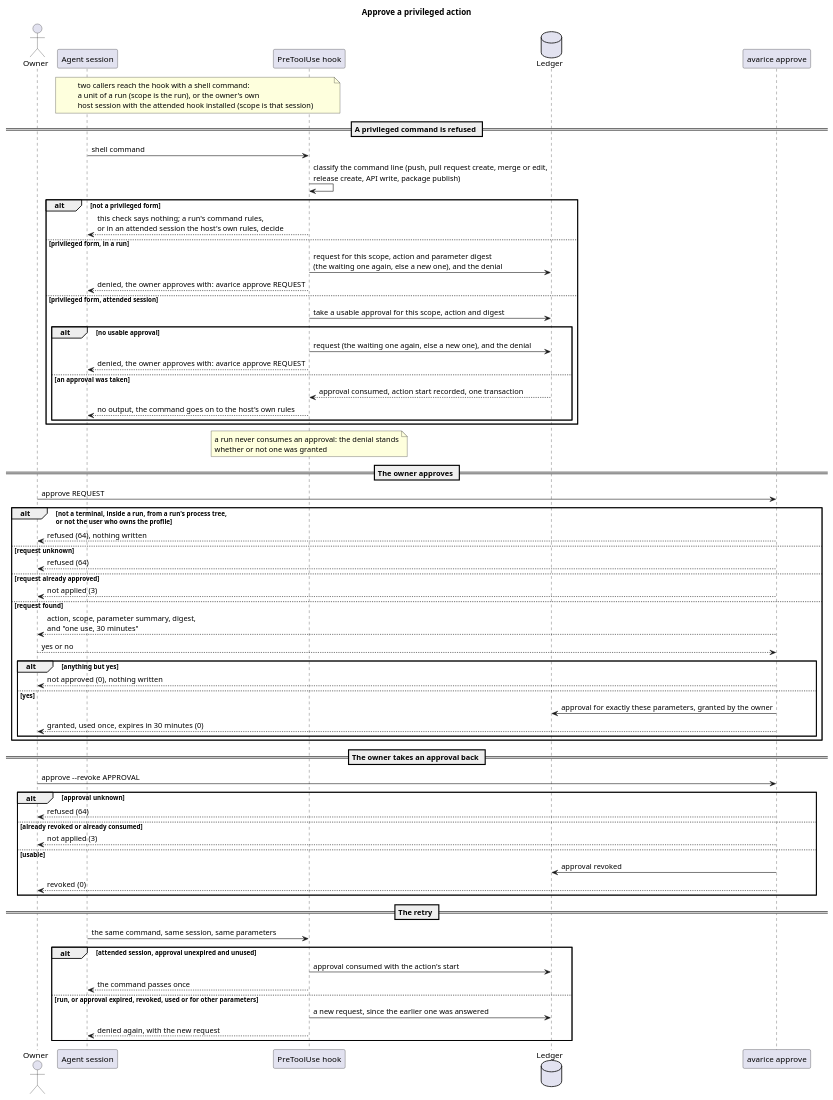
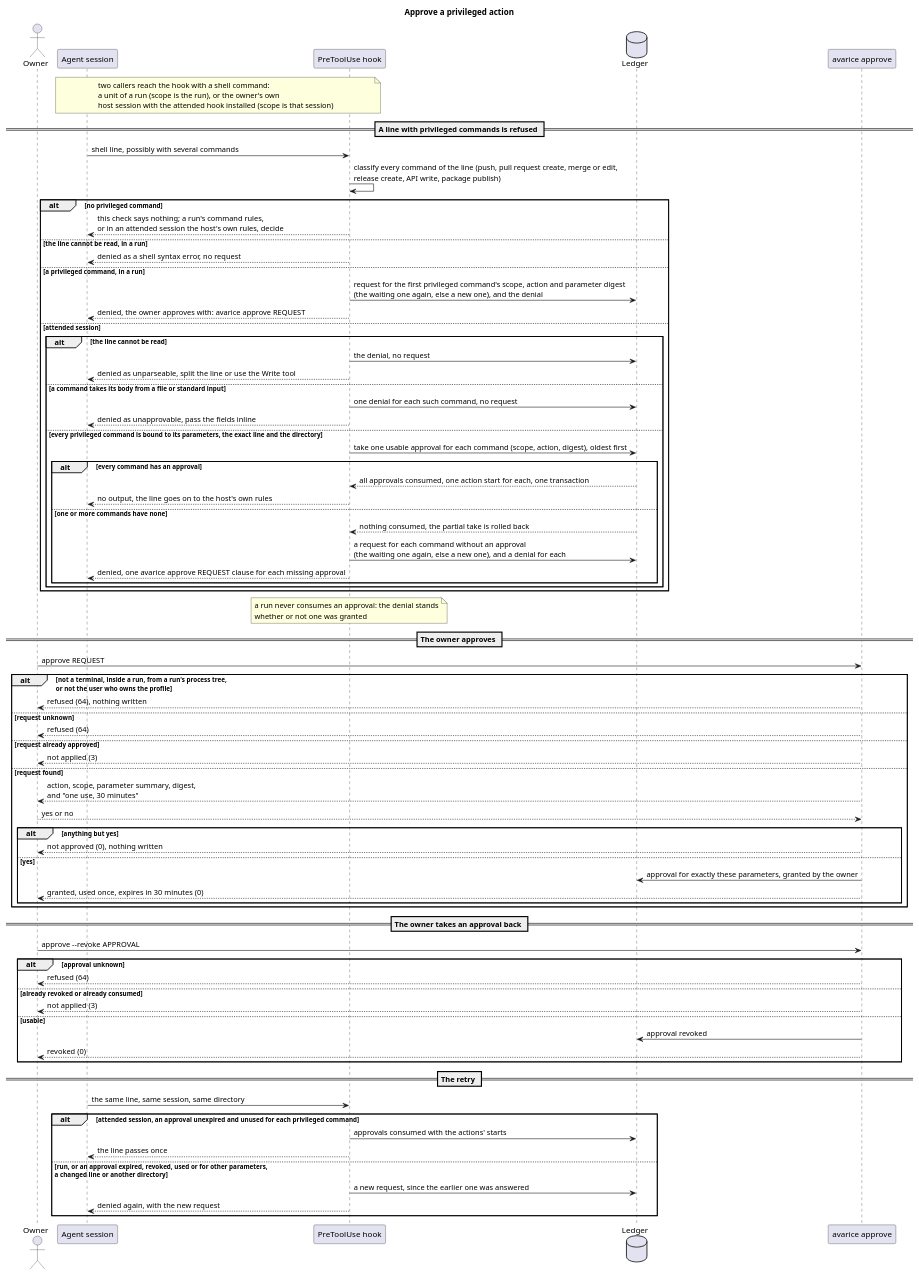
Before and after one commit to aa-phan/avarice: the diagram in docs/system/diagrams/approve-privileged-action.puml, drawn with PlantUML. The commit also changed 3 other files, not shown here.

First line of the commit message:
docs(04-53): describe the privileged-command gate as built

```diff
--- a/docs/system/diagrams/approve-privileged-action.puml
+++ b/docs/system/diagrams/approve-privileged-action.puml
@@ -1,71 +1,82 @@
 @startuml
 title Approve a privileged action
 
 actor Owner
 participant "Agent session" as Agent
 participant "PreToolUse hook" as Hook
 database Ledger
 participant "avarice approve" as Approve
 
 note over Agent, Hook : two callers reach the hook with a shell command:\na unit of a run (scope is the run), or the owner's own\nhost session with the attended hook installed (scope is that session)
 
-== A privileged command is refused ==
-Agent -> Hook : shell command
-Hook -> Hook : classify the command line (push, pull request create, merge or edit,\nrelease create, API write, package publish)
-alt not a privileged form
+== A line with privileged commands is refused ==
+Agent -> Hook : shell line, possibly with several commands
+Hook -> Hook : classify every command of the line (push, pull request create, merge or edit,\nrelease create, API write, package publish)
+alt no privileged command
   Hook --> Agent : this check says nothing; a run's command rules,\nor in an attended session the host's own rules, decide
-else privileged form, in a run
-  Hook -> Ledger : request for this scope, action and parameter digest\n(the waiting one again, else a new one), and the denial
+else the line cannot be read, in a run
+  Hook --> Agent : denied as a shell syntax error, no request
+else a privileged command, in a run
+  Hook -> Ledger : request for the first privileged command's scope, action and parameter digest\n(the waiting one again, else a new one), and the denial
   Hook --> Agent : denied, the owner approves with: avarice approve REQUEST
-else privileged form, attended session
-  Hook -> Ledger : take a usable approval for this scope, action and digest
-  alt no usable approval
-    Hook -> Ledger : request (the waiting one again, else a new one), and the denial
-    Hook --> Agent : denied, the owner approves with: avarice approve REQUEST
-  else an approval was taken
-    Ledger --> Hook : approval consumed, action start recorded, one transaction
-    Hook --> Agent : no output, the command goes on to the host's own rules
+else attended session
+  alt the line cannot be read
+    Hook -> Ledger : the denial, no request
+    Hook --> Agent : denied as unparseable, split the line or use the Write tool
+  else a command takes its body from a file or standard input
+    Hook -> Ledger : one denial for each such command, no request
+    Hook --> Agent : denied as unapprovable, pass the fields inline
+  else every privileged command is bound to its parameters, the exact line and the directory
+    Hook -> Ledger : take one usable approval for each command (scope, action, digest), oldest first
+    alt every command has an approval
+      Ledger --> Hook : all approvals consumed, one action start for each, one transaction
+      Hook --> Agent : no output, the line goes on to the host's own rules
+    else one or more commands have none
+      Ledger --> Hook : nothing consumed, the partial take is rolled back
+      Hook -> Ledger : a request for each command without an approval\n(the waiting one again, else a new one), and a denial for each
+      Hook --> Agent : denied, one avarice approve REQUEST clause for each missing approval
+    end
   end
 end
 note over Hook : a run never consumes an approval: the denial stands\nwhether or not one was granted
 
 == The owner approves ==
 Owner -> Approve : approve REQUEST
 alt not a terminal, inside a run, from a run's process tree,\nor not the user who owns the profile
   Approve --> Owner : refused (64), nothing written
 else request unknown
   Approve --> Owner : refused (64)
 else request already approved
   Approve --> Owner : not applied (3)
 else request found
   Approve --> Owner : action, scope, parameter summary, digest,\nand "one use, 30 minutes"
   Owner --> Approve : yes or no
   alt anything but yes
     Approve --> Owner : not approved (0), nothing written
   else yes
     Approve -> Ledger : approval for exactly these parameters, granted by the owner
     Approve --> Owner : granted, used once, expires in 30 minutes (0)
   end
 end
 
 == The owner takes an approval back ==
 Owner -> Approve : approve --revoke APPROVAL
 alt approval unknown
   Approve --> Owner : refused (64)
 else already revoked or already consumed
   Approve --> Owner : not applied (3)
 else usable
   Approve -> Ledger : approval revoked
   Approve --> Owner : revoked (0)
 end
 
 == The retry ==
-Agent -> Hook : the same command, same session, same parameters
-alt attended session, approval unexpired and unused
-  Hook -> Ledger : approval consumed with the action's start
-  Hook --> Agent : the command passes once
-else run, or approval expired, revoked, used or for other parameters
+Agent -> Hook : the same line, same session, same directory
+alt attended session, an approval unexpired and unused for each privileged command
+  Hook -> Ledger : approvals consumed with the actions' starts
+  Hook --> Agent : the line passes once
+else run, or an approval expired, revoked, used or for other parameters,\na changed line or another directory
   Hook -> Ledger : a new request, since the earlier one was answered
   Hook --> Agent : denied again, with the new request
 end
 @enduml
```
